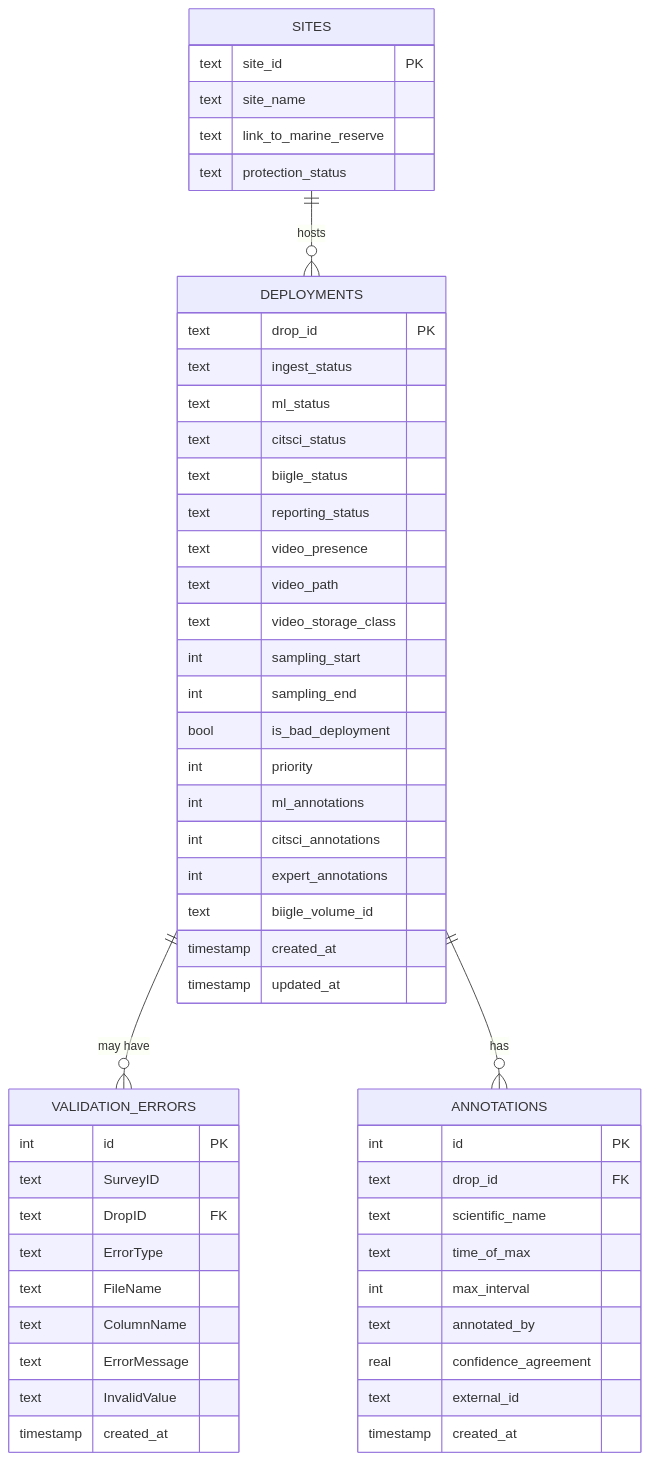
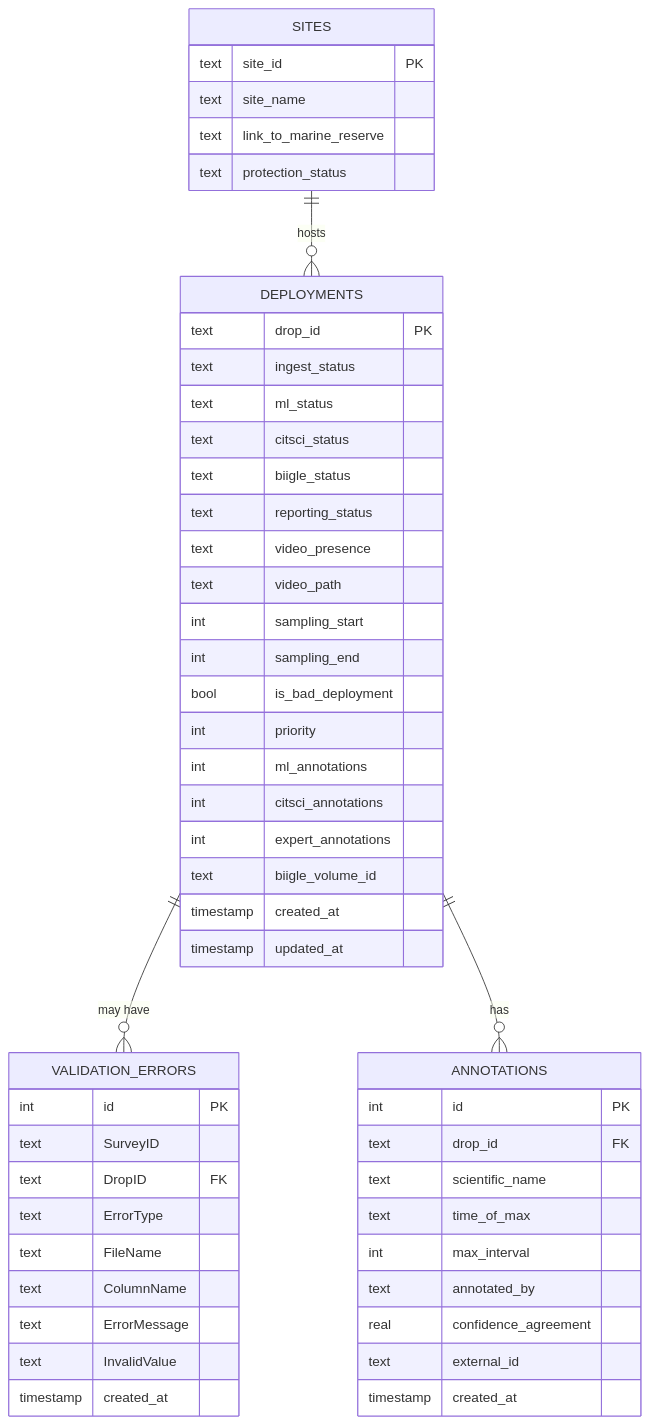
The eighth of 14 diagrams in design_doc.md (wildlifeai/spyfish-aotearoa-toolkit), drawn with Mermaid before and after one commit. The commit also changed other lines of this file and 6 other files, not shown here.

````diff
--- a/design_doc.md
+++ b/design_doc.md
@@ -511,59 +515,58 @@
 ```mermaid
 erDiagram
     DEPLOYMENTS {
         text drop_id PK
         text ingest_status
         text ml_status
         text citsci_status
         text biigle_status
         text reporting_status
         text video_presence
         text video_path
-        text video_storage_class
         int sampling_start
         int sampling_end
         bool is_bad_deployment
         int priority
         int ml_annotations
         int citsci_annotations
         int expert_annotations
         text biigle_volume_id
         timestamp created_at
         timestamp updated_at
     }
 
     SITES {
         text site_id PK
         text site_name
         text link_to_marine_reserve
         text protection_status
     }
 
     VALIDATION_ERRORS {
         int id PK
         text SurveyID
         text DropID FK
         text ErrorType
         text FileName
         text ColumnName
         text ErrorMessage
         text InvalidValue
         timestamp created_at
     }
 
     ANNOTATIONS {
         int id PK
         text drop_id FK
         text scientific_name
         text time_of_max
         int max_interval
         text annotated_by
         real confidence_agreement
         text external_id
         timestamp created_at
     }
 
     DEPLOYMENTS ||--o{ VALIDATION_ERRORS : "may have"
     DEPLOYMENTS ||--o{ ANNOTATIONS : "has"
     SITES ||--o{ DEPLOYMENTS : "hosts"
 ```
````
